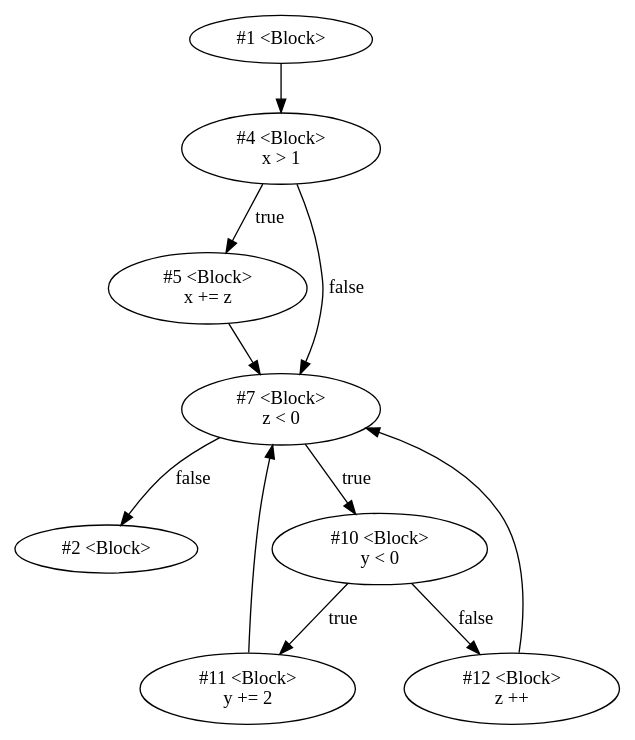
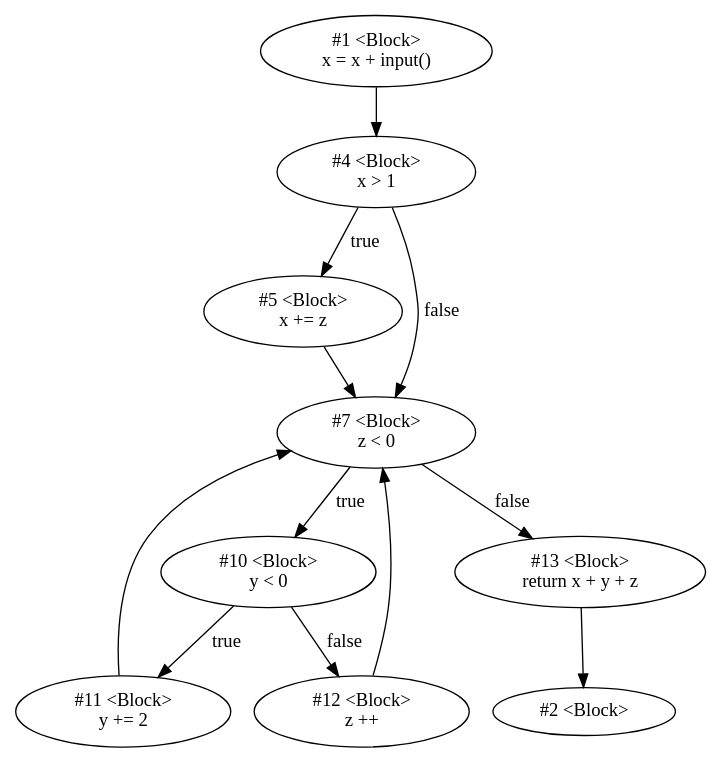
Before and after one commit to h-mole/MetronomeStatic: the diagram in examples/code-property-graph/cfg.dot, drawn with Graphviz. The commit also changed 56 other files, not shown here.

```diff
--- a/examples/code-property-graph/cfg.dot
+++ b/examples/code-property-graph/cfg.dot
@@ -1,20 +1,30 @@
 strict digraph  {
-1 [label="#1 &lt;Block&gt;\n"];
-4 [label="#4 &lt;Block&gt;\nx > 1"];
+1 [label="#1 &lt;Block&gt;
+x = x + input()"];
+4 [label="#4 &lt;Block&gt;
+x &gt; 1"];
 2 [label="#2 &lt;Block&gt;\n"];
-5 [label="#5 &lt;Block&gt;\nx += z"];
-7 [label="#7 &lt;Block&gt;\nz < 0"];
-10 [label="#10 &lt;Block&gt;\ny < 0"];
-11 [label="#11 &lt;Block&gt;\ny += 2"];
-12 [label="#12 &lt;Block&gt;\nz ++"];
+5 [label="#5 &lt;Block&gt;
+x += z"];
+7 [label="#7 &lt;Block&gt;
+z &lt; 0"];
+10 [label="#10 &lt;Block&gt;
+y &lt; 0"];
+13 [label="#13 &lt;Block&gt;
+return x + y + z"];
+11 [label="#11 &lt;Block&gt;
+y += 2"];
+12 [label="#12 &lt;Block&gt;
+z ++"];
 1 -> 4;
 4 -> 5  [cond=true, label=true];
 4 -> 7  [cond=false, label=false];
 5 -> 7;
 7 -> 10  [cond=true, label=true];
-7 -> 2  [cond=false, label=false];
+7 -> 13  [cond=false, label=false];
 10 -> 11  [cond=true, label=true];
 10 -> 12  [cond=false, label=false];
+13 -> 2;
 11 -> 7;
 12 -> 7;
 }
```
